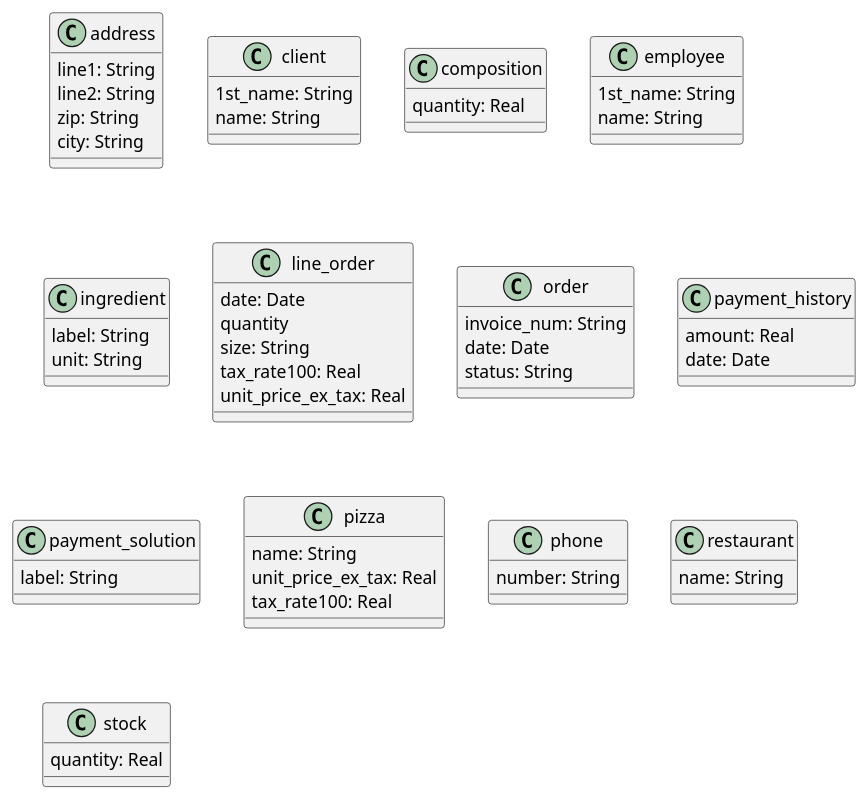
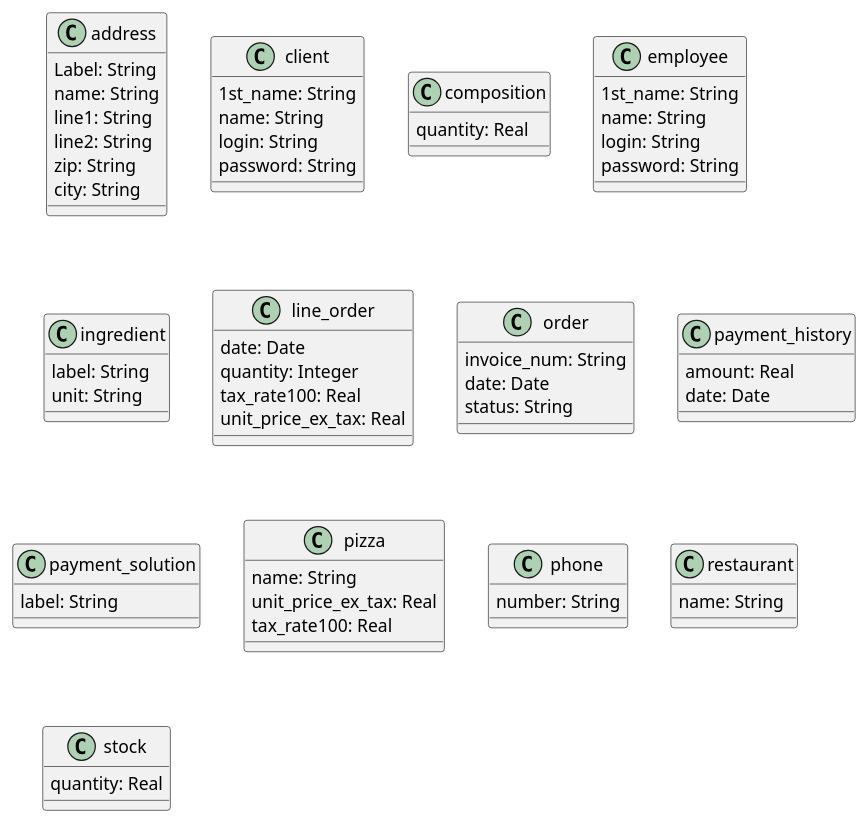
The diagram in src-puml/attributes.iuml (freezed/ocp6), drawn with PlantUML before and after one commit. The commit also changed 1 other file, not shown here.

```diff
--- a/src-puml/attributes.iuml
+++ b/src-puml/attributes.iuml
@@ -1,55 +1,60 @@
 /' = = = = = = = ATTRIBUTE = = = = = = = '/
 class address {
+    Label: String
+    name: String
     line1: String
     line2: String
     zip: String
     city: String
 }
 class client {
     1st_name: String
     name: String
+    login: String
+    password: String
 }
 class composition {
     quantity: Real
 }
 class employee {
     1st_name: String
     name: String
+    login: String
+    password: String
 }
 class ingredient {
     label: String
     unit: String
 }
 class line_order {
     date: Date
-    quantity
-    size: String
+    quantity: Integer
     tax_rate100: Real
     unit_price_ex_tax: Real
 }
 class order {
     invoice_num: String
     date: Date
     status: String
 }
 class payment_history {
     amount: Real
     date: Date
 }
 class payment_solution {
     label: String
 }
 class pizza {
     name: String
     unit_price_ex_tax: Real
     tax_rate100: Real
 }
 class phone {
     number: String
 }
 class restaurant {
     name: String
 }
 class stock {
     quantity: Real
 }
```
